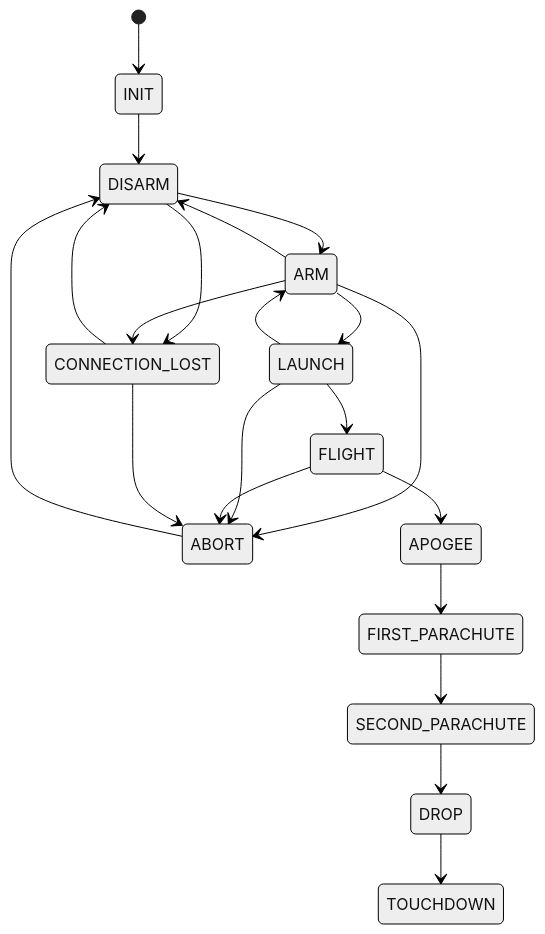
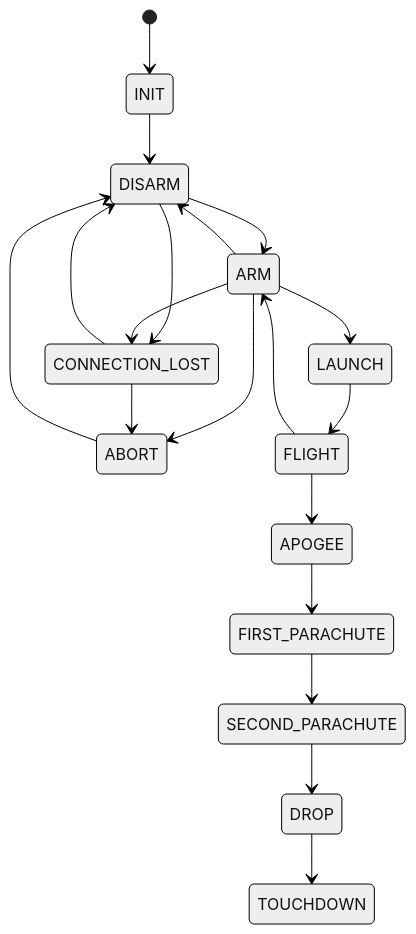
Before and after one commit to Simba-Avionic/srp: the diagram in core/rocket_machine_state/README.md, drawn with Mermaid (neutral theme). The commit also changed other lines of this file and 5 other files, not shown here.

First line of the commit message:
core: reject ABORT from LAUNCH and FLIGHT, the launch sequence ends in FLIGHT which closes the valves (F-02)

````diff
--- a/core/rocket_machine_state/README.md
+++ b/core/rocket_machine_state/README.md
@@ -36,23 +36,21 @@
 ```mermaid
 stateDiagram-v2
   [*] --> INIT
   INIT --> DISARM
   DISARM --> ARM
   DISARM --> CONNECTION_LOST
   ARM --> LAUNCH
   ARM --> ABORT
   ARM --> DISARM
   ARM --> CONNECTION_LOST
   LAUNCH --> FLIGHT
-  LAUNCH --> ABORT
-  LAUNCH --> ARM
   FLIGHT --> APOGEE
-  FLIGHT --> ABORT
+  FLIGHT --> ARM
   APOGEE --> FIRST_PARACHUTE
   FIRST_PARACHUTE --> SECOND_PARACHUTE
   SECOND_PARACHUTE --> DROP
   DROP --> TOUCHDOWN
   CONNECTION_LOST --> DISARM
   CONNECTION_LOST --> ABORT
   ABORT --> DISARM
 ```
````
